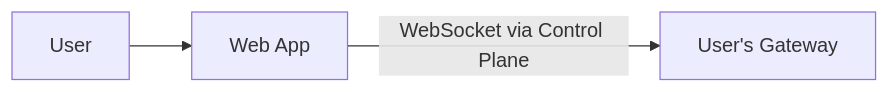
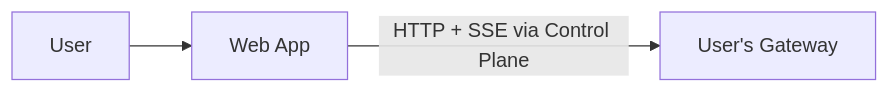
Before and after one commit to 1qh/claw: the first of 2 diagrams in brainstorm/concept/saas-simplification.md, drawn with Mermaid. The commit also changed other lines of this file and 181 other files, not shown here.

````diff
--- a/brainstorm/concept/saas-simplification.md
+++ b/brainstorm/concept/saas-simplification.md
@@ -9,5 +9,5 @@
 ```mermaid
 graph LR
     USER[User] --> WEB[Web App]
-    WEB -->|WebSocket via Control Plane| GW[User's Gateway]
+    WEB -->|HTTP + SSE via Control Plane| GW[User's Gateway]
 ```
````
